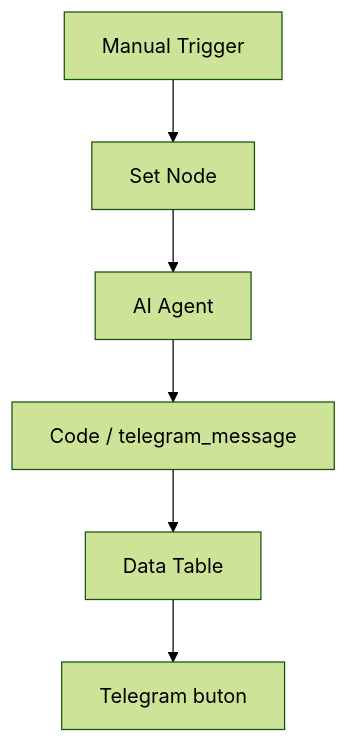
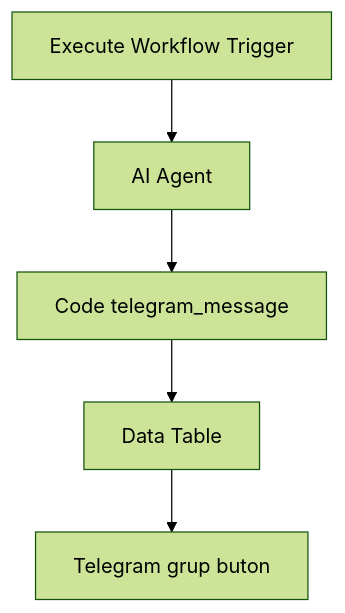
Before and after one commit to mustafaxln/social-media-agent: the second of 6 diagrams in docs/akis-semasi.md, drawn with Mermaid (forest theme). The commit also changed other lines of this file and 18 other files, not shown here.

````diff
--- a/docs/akis-semasi.md
+++ b/docs/akis-semasi.md
@@ -24,8 +28,7 @@
 ```mermaid
 flowchart TD
-    A[Manual Trigger] --> B[Set Node]
-    B --> C[AI Agent]
-    C --> D[Code / telegram_message]
+    A[Execute Workflow Trigger] --> C[AI Agent]
+    C --> D[Code telegram_message]
     D --> E[Data Table]
-    E --> F[Telegram buton]
+    E --> F[Telegram grup buton]
 ```
````
